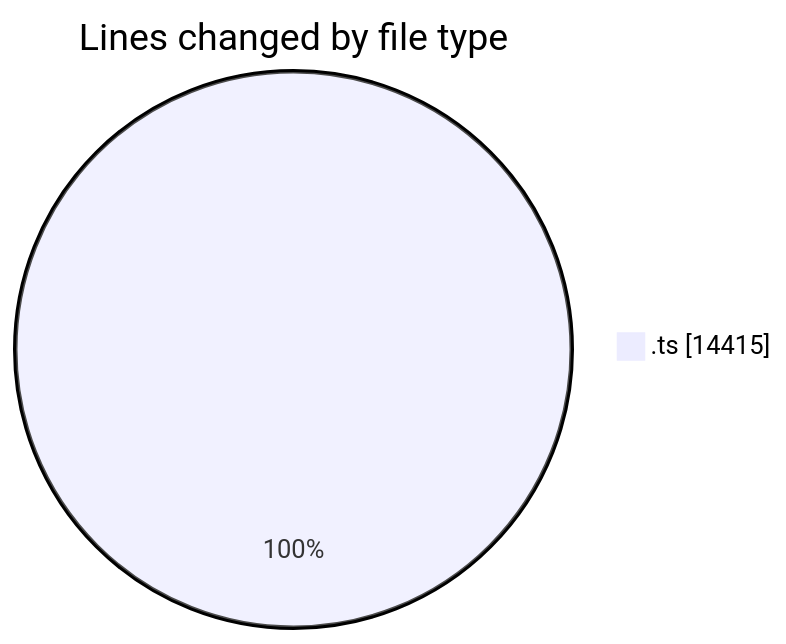
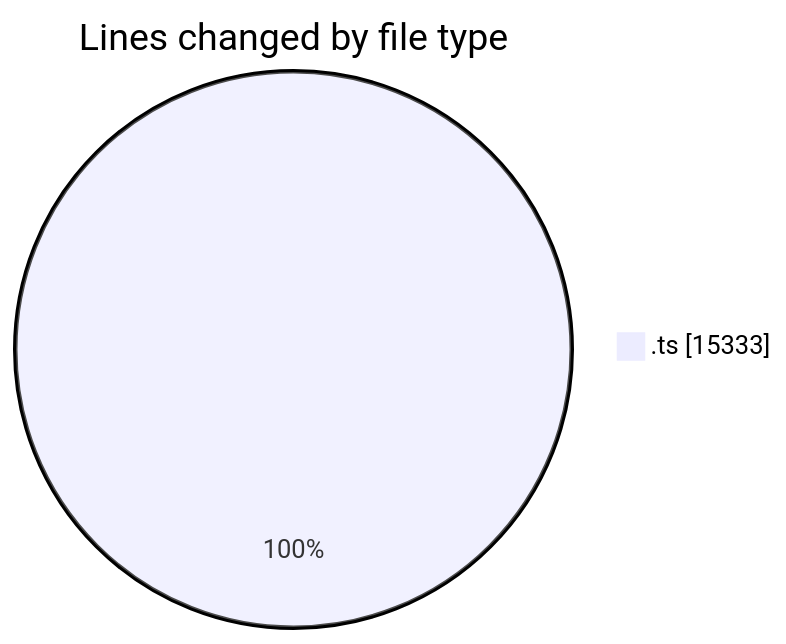
The first of 2 diagrams in 2025-09-09/cda/README.md (momahboobian/code-tracking), drawn with Mermaid before and after one commit. The commit also changed other lines of this file and 1 other file, not shown here.

````diff
--- a/2025-09-09/cda/README.md
+++ b/2025-09-09/cda/README.md
@@ -32,5 +37,5 @@
 ```mermaid
 pie showData
 title Lines changed by file type
-".ts" : 14415
+".ts" : 15333
 ```
````
